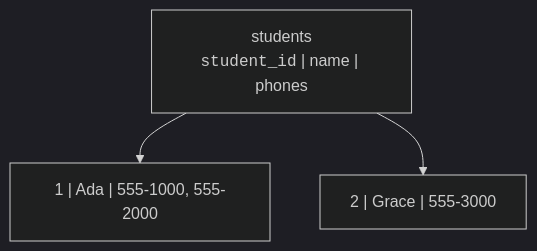
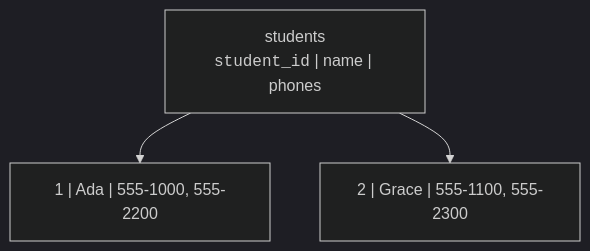
One commit to dataslope/dataslope changed the second of 6 diagrams in content/courses/database-design-postgresql/first-normal-form.mdx. Above: the diagram before and after it, drawn with Mermaid (dark theme). The commit also changed other lines of this file and 1380 other files, not shown here.

````diff
--- a/content/courses/database-design-postgresql/first-normal-form.mdx
+++ b/content/courses/database-design-postgresql/first-normal-form.mdx
@@ -43,6 +43,6 @@
 ```mermaid
 flowchart TB
     T["students<br/><code>student_id</code> | name | phones"]
-    T --> R1["1 | Ada | 555-1000, 555-2000"]
-    T --> R2["2 | Grace | 555-3000"]
+    T --> R1["1 | Ada | 555-1000, 555-2200"]
+    T --> R2["2 | Grace | 555-1100, 555-2300"]
 ```
````
